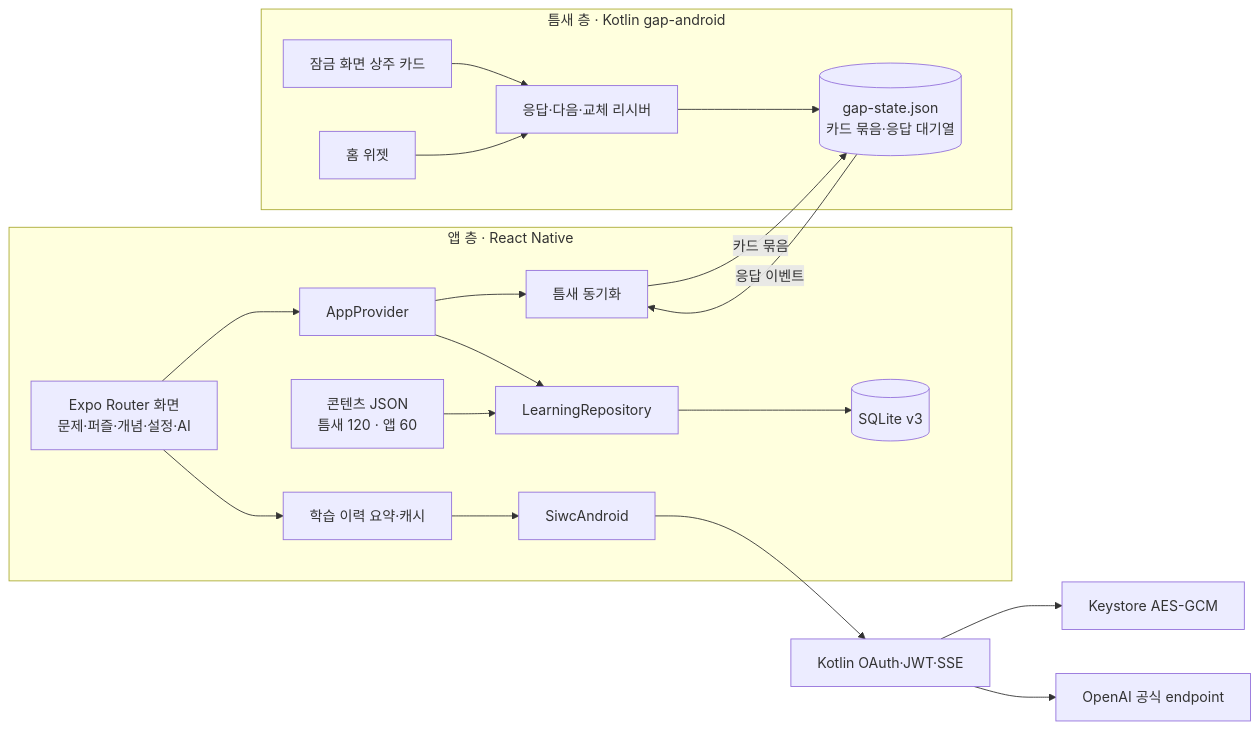
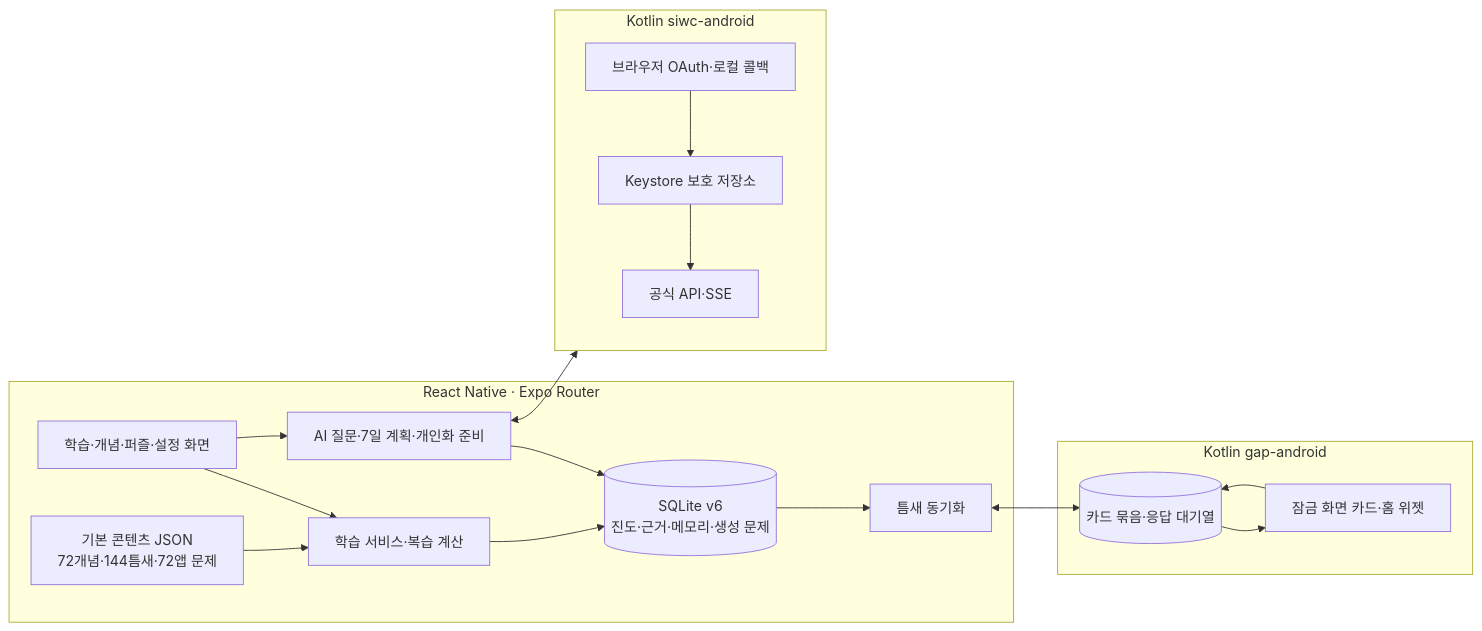
One commit to larklaon/N_Final_Project changed the first of 2 diagrams in docs/ARCHITECTURE.md. Above: the diagram before and after it, drawn with Mermaid. The commit also changed other lines of this file and 7 other files, not shown here.

````diff
--- a/docs/ARCHITECTURE.md
+++ b/docs/ARCHITECTURE.md
@@ -3,25 +5,28 @@
 ```mermaid
 flowchart LR
- subgraph App[앱 층 · React Native]
-  UI[Expo Router 화면<br/>문제·퍼즐·개념·설정·AI] --> Provider[AppProvider]
-  Provider --> Repo[LearningRepository]
-  Repo --> DB[(SQLite v3)]
-  JSON[콘텐츠 JSON<br/>틈새 120 · 앱 60] --> Repo
-  Provider --> Sync[틈새 동기화]
-  UI --> Context[학습 이력 요약·캐시]
-  Context --> Siwc[SiwcAndroid]
- end
- subgraph Gap[틈새 층 · Kotlin gap-android]
-  State[(gap-state.json<br/>카드 묶음·응답 대기열)]
-  Card[잠금 화면 상주 카드]
-  Widget[홈 위젯]
-  Receiver[응답·다음·교체 리시버]
- end
- Sync -- 카드 묶음 --> State
- State -- 응답 이벤트 --> Sync
- Card --> Receiver
- Widget --> Receiver
- Receiver --> State
- Siwc --> Native[Kotlin OAuth·JWT·SSE] --> Vault[Keystore AES-GCM]
- Native --> API[OpenAI 공식 endpoint]
+  subgraph JS[React Native · Expo Router]
+    UI[학습·개념·퍼즐·설정 화면]
+    LEARN[학습 서비스·복습 계산]
+    AI[AI 질문·7일 계획·개인화 준비]
+    SYNC[틈새 동기화]
+    DB[(SQLite v6<br/>진도·근거·메모리·생성 문제)]
+    CONTENT[기본 콘텐츠 JSON<br/>72개념·144틈새·72앱 문제]
+    UI --> LEARN --> DB
+    UI --> AI --> DB
+    CONTENT --> LEARN
+    DB --> SYNC
+  end
+  subgraph GAP[Kotlin gap-android]
+    STATE[(카드 묶음·응답 대기열)]
+    SURFACE[잠금 화면 카드·홈 위젯]
+    STATE --> SURFACE --> STATE
+  end
+  subgraph AUTH[Kotlin siwc-android]
+    OAUTH[브라우저 OAuth·로컬 콜백]
+    VAULT[Keystore 보호 저장소]
+    HTTP[공식 API·SSE]
+    OAUTH --> VAULT --> HTTP
+  end
+  SYNC <--> STATE
+  AI <--> AUTH
 ```
````
